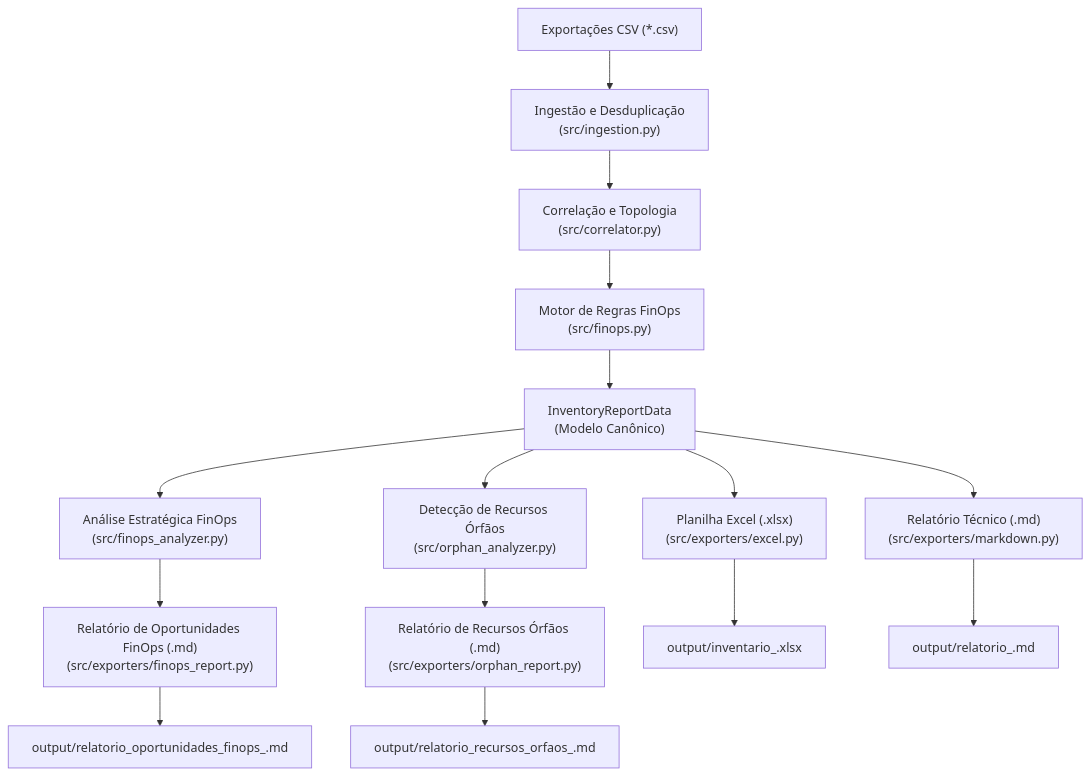
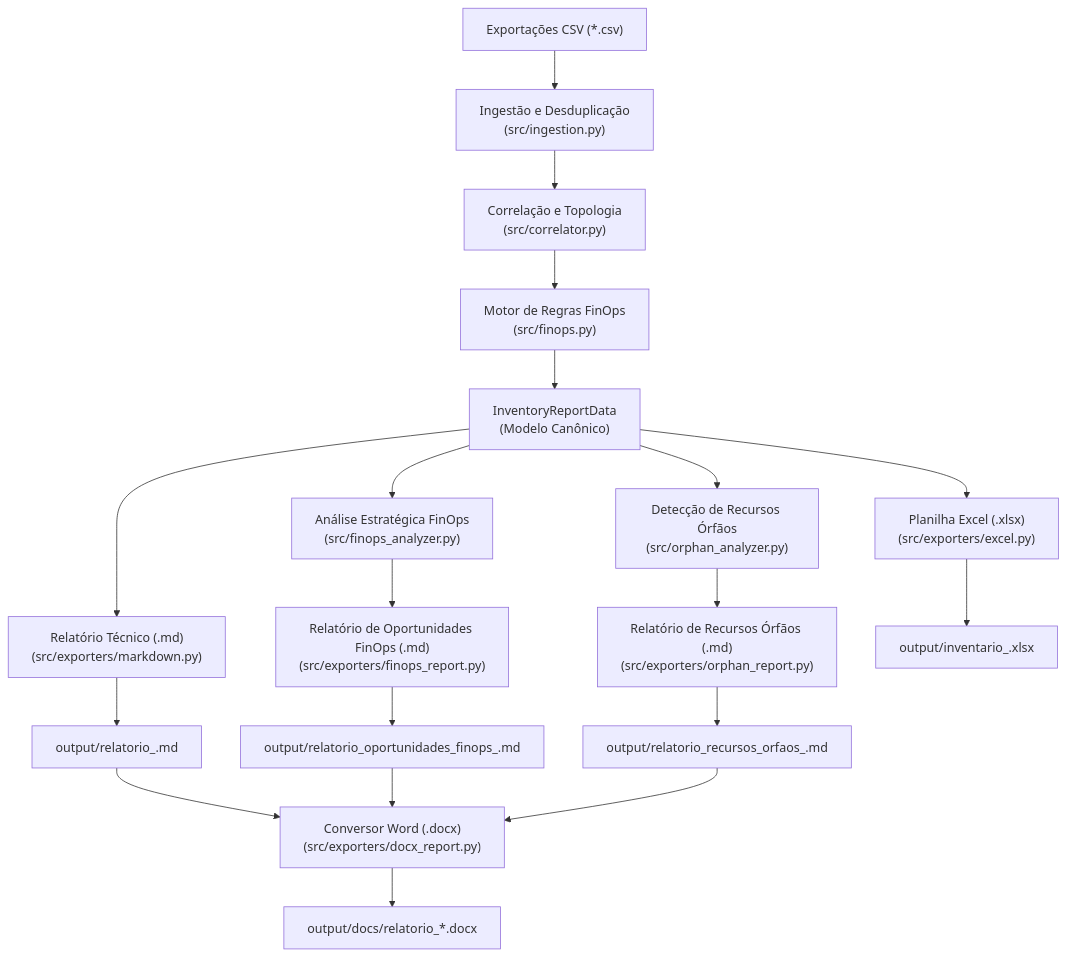
Before and after one commit to Andropovbr/aws-resources-mapping: the diagram in README.md, drawn with Mermaid. The commit also changed other lines of this file and 4 other files, not shown here.

Commit message:
feat(exporters): add word docx exporter for all executive and technical reports

````diff
--- a/README.md
+++ b/README.md
@@ -96,20 +96,25 @@
 ```mermaid
 flowchart TD
     A["Exportações CSV (*.csv)"] --> B["Ingestão e Desduplicação<br/>(src/ingestion.py)"]
     B --> C["Correlação e Topologia<br/>(src/correlator.py)"]
     C --> D["Motor de Regras FinOps<br/>(src/finops.py)"]
     D --> E["InventoryReportData<br/>(Modelo Canônico)"]
     
     E --> F["Planilha Excel (.xlsx)<br/>(src/exporters/excel.py)"]
     E --> G["Relatório Técnico (.md)<br/>(src/exporters/markdown.py)"]
     E --> H["Análise Estratégica FinOps<br/>(src/finops_analyzer.py)"]
     E --> M["Detecção de Recursos Órfãos<br/>(src/orphan_analyzer.py)"]
     
     H --> I["Relatório de Oportunidades FinOps (.md)<br/>(src/exporters/finops_report.py)"]
     M --> N["Relatório de Recursos Órfãos (.md)<br/>(src/exporters/orphan_report.py)"]
 
     F --> J["output/inventario_<conta>.xlsx"]
     G --> K["output/relatorio_<conta>.md"]
     I --> L["output/relatorio_oportunidades_finops_<conta>.md"]
     N --> O["output/relatorio_recursos_orfaos_<conta>.md"]
+
+    K --> P["Conversor Word (.docx)<br/>(src/exporters/docx_report.py)"]
+    L --> P
+    O --> P
+    P --> Q["output/docs/relatorio_*.docx"]
 ```
````
